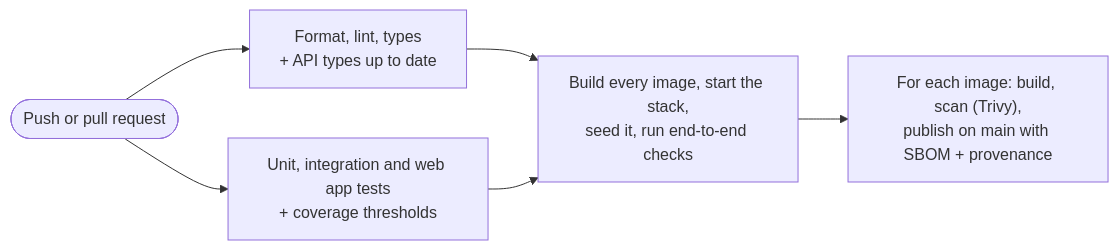
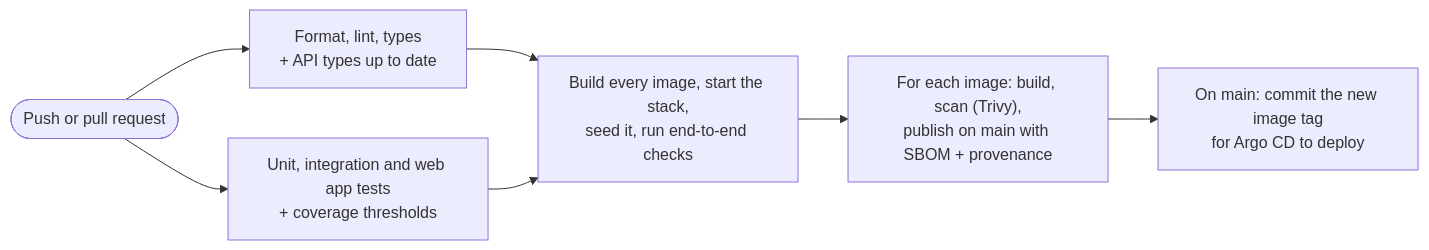
Before and after one commit to JuliaLavagnini/library-platform: the second of 4 diagrams in README.md, drawn with Mermaid. The commit also changed other lines of this file, not shown here.

Commit message:
document GitOps with Argo CD

````diff
--- a/README.md
+++ b/README.md
@@ -280,8 +281,9 @@
 ```mermaid
 flowchart LR
     push([Push or pull request]) --> quality & test
     quality["Format, lint, types<br/>+ API types up to date"] --> e2e
     test["Unit, integration and web app tests<br/>+ coverage thresholds"] --> e2e
     e2e["Build every image, start the stack,<br/>seed it, run end-to-end checks"] --> images
-    images["For each image: build, scan (Trivy),<br/>publish on main with SBOM + provenance"]
+    images["For each image: build, scan (Trivy),<br/>publish on main with SBOM + provenance"] --> deploy
+    deploy["On main: commit the new image tag<br/>for Argo CD to deploy"]
 ```
````
